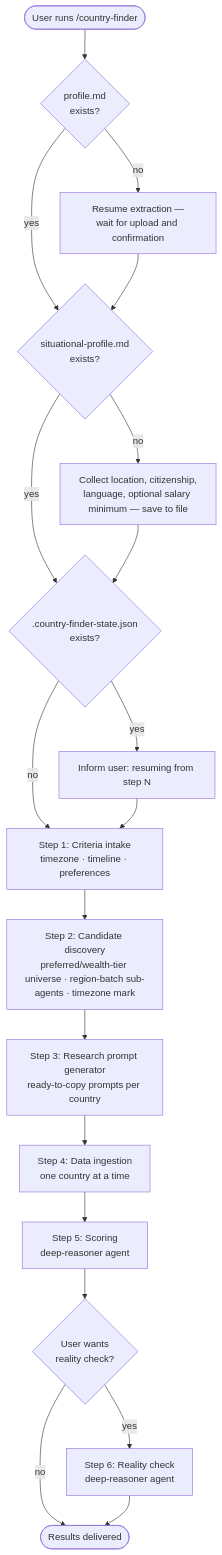
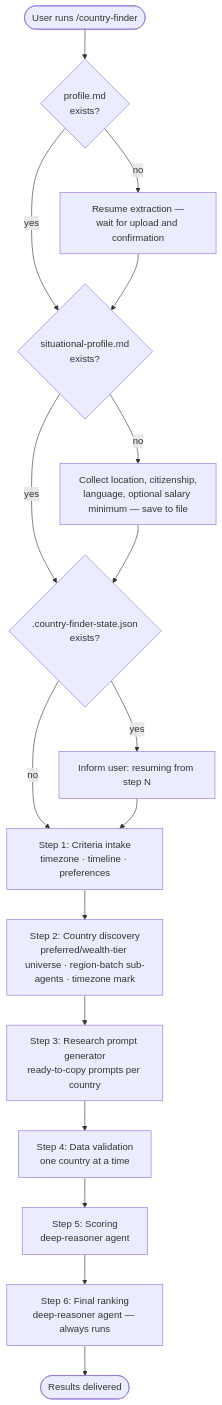
The diagram in docs/commands/country-finder.md (myowinthein/agent-compass), drawn with Mermaid before and after one commit. The commit also changed other lines of this file and 19 other files, not shown here.

````diff
--- a/docs/commands/country-finder.md
+++ b/docs/commands/country-finder.md
@@ -22,25 +22,23 @@
 ```mermaid
 flowchart TD
   Start([User runs /country-finder]) --> Profile{profile.md\nexists?}
   Profile -->|no| Extract[Resume extraction —\nwait for upload and confirmation]
   Profile -->|yes| Sit
   Extract --> Sit
 
   Sit{situational-profile.md\nexists?} -->|no| SitQ[Collect location, citizenship,\nlanguage, optional salary minimum — save to file]
   Sit -->|yes| State
   SitQ --> State
 
   State{.country-finder-state.json\nexists?} -->|yes| Resume[Inform user: resuming from step N]
   State -->|no| S1
   Resume --> S1
 
   S1[Step 1: Criteria intake\ntimezone · timeline · preferences] --> S2
-  S2[Step 2: Candidate discovery\npreferred/wealth-tier universe · region-batch sub-agents · timezone mark] --> S3
+  S2[Step 2: Country discovery\npreferred/wealth-tier universe · region-batch sub-agents · timezone mark] --> S3
   S3[Step 3: Research prompt generator\nready-to-copy prompts per country] --> S4
-  S4[Step 4: Data ingestion\none country at a time] --> S5
-  S5[Step 5: Scoring\ndeep-reasoner agent] --> RCQ
-
-  RCQ{User wants\nreality check?} -->|no| Done
-  RCQ -->|yes| S6[Step 6: Reality check\ndeep-reasoner agent]
+  S4[Step 4: Data validation\none country at a time] --> S5
+  S5[Step 5: Scoring\ndeep-reasoner agent] --> S6
+  S6[Step 6: Final ranking\ndeep-reasoner agent — always runs]
   S6 --> Done([Results delivered])
 ```
````
